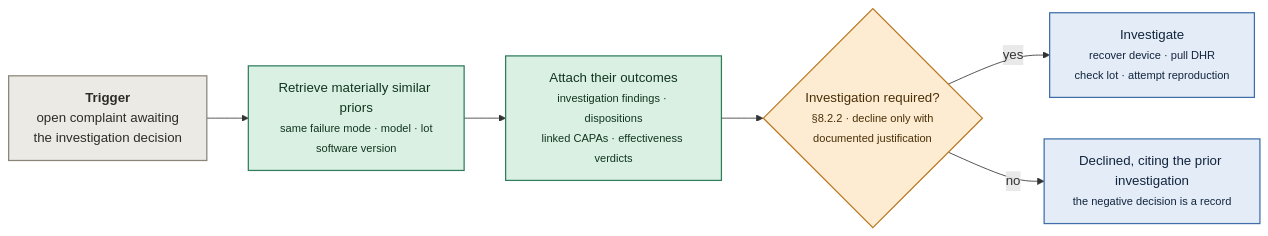
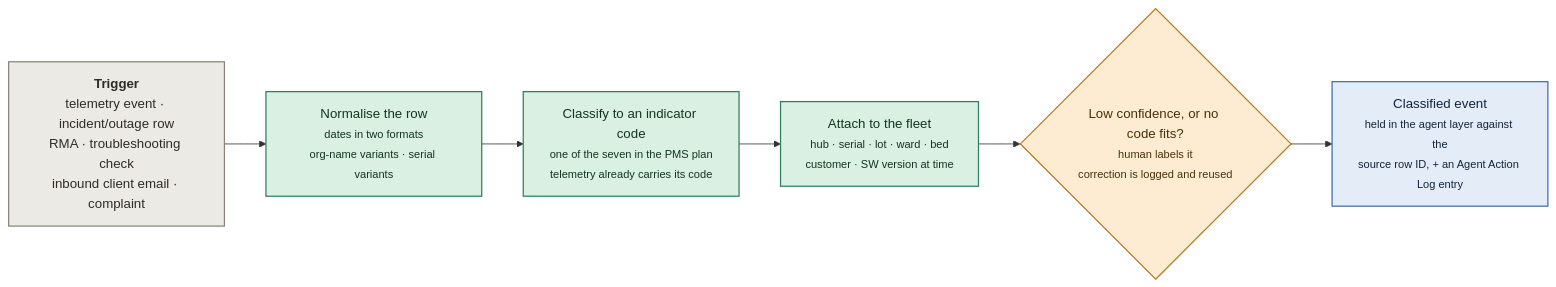
One commit to Tchanwangsa/forward-hack changed the fourth of 9 diagrams in plan/DIAGRAMS.md. Above: the diagram before and after it, drawn with Mermaid. The commit also changed other lines of this file and 15 other files, not shown here.

````diff
--- a/plan/DIAGRAMS.md
+++ b/plan/DIAGRAMS.md
@@ -115,20 +135,18 @@
 ```mermaid
 flowchart LR
-  T["<b>Trigger</b><br/>open complaint awaiting<br/>the investigation decision"]
-  A1["Retrieve materially similar priors<br/><small>same failure mode · model · lot<br/>software version</small>"]
-  A2["Attach their outcomes<br/><small>investigation findings · dispositions<br/>linked CAPAs · effectiveness verdicts</small>"]
-  G{"Investigation required?<br/><small>§8.2.2 · decline only with<br/>documented justification</small>"}
-  O1["Investigate<br/><small>recover device · pull DHR<br/>check lot · attempt reproduction</small>"]
-  O2["Declined, citing the prior investigation<br/><small>the negative decision is a record</small>"]
-  T --> A1 --> A2 --> G
-  G -->|yes| O1
-  G -->|no| O2
+  T["<b>Trigger</b><br/>telemetry event · incident/outage row<br/>RMA · troubleshooting check<br/>inbound client email · complaint"]
+  A1["Normalise the row<br/><small>dates in two formats<br/>org-name variants · serial variants</small>"]
+  A2["Classify to an indicator code<br/><small>one of the seven in the PMS plan<br/>telemetry already carries its code</small>"]
+  A3["Attach to the fleet<br/><small>hub · serial · lot · ward · bed<br/>customer · SW version at time</small>"]
+  G{"Low confidence, or no code fits?<br/><small>human labels it<br/>correction is logged and reused</small>"}
+  O["Classified event<br/><small>held in the agent layer against the<br/>source row ID, + an Agent Action Log entry</small>"]
+  T --> A1 --> A2 --> A3 --> G --> O
   classDef trigger fill:#eceae5,stroke:#8a8578,stroke-width:1.5px,color:#2e2c27
   classDef agent fill:#d9f0e3,stroke:#2f7d5d,stroke-width:1.5px,color:#12351f
   classDef gate fill:#fdecd2,stroke:#b8761f,stroke-width:1.5px,color:#4a2f07
   classDef out fill:#e3ecf7,stroke:#3f6ea8,stroke-width:1.5px,color:#12253d
   class T trigger
-  class A1,A2 agent
+  class A1,A2,A3 agent
   class G gate
-  class O1,O2 out
+  class O out
 ```
````
